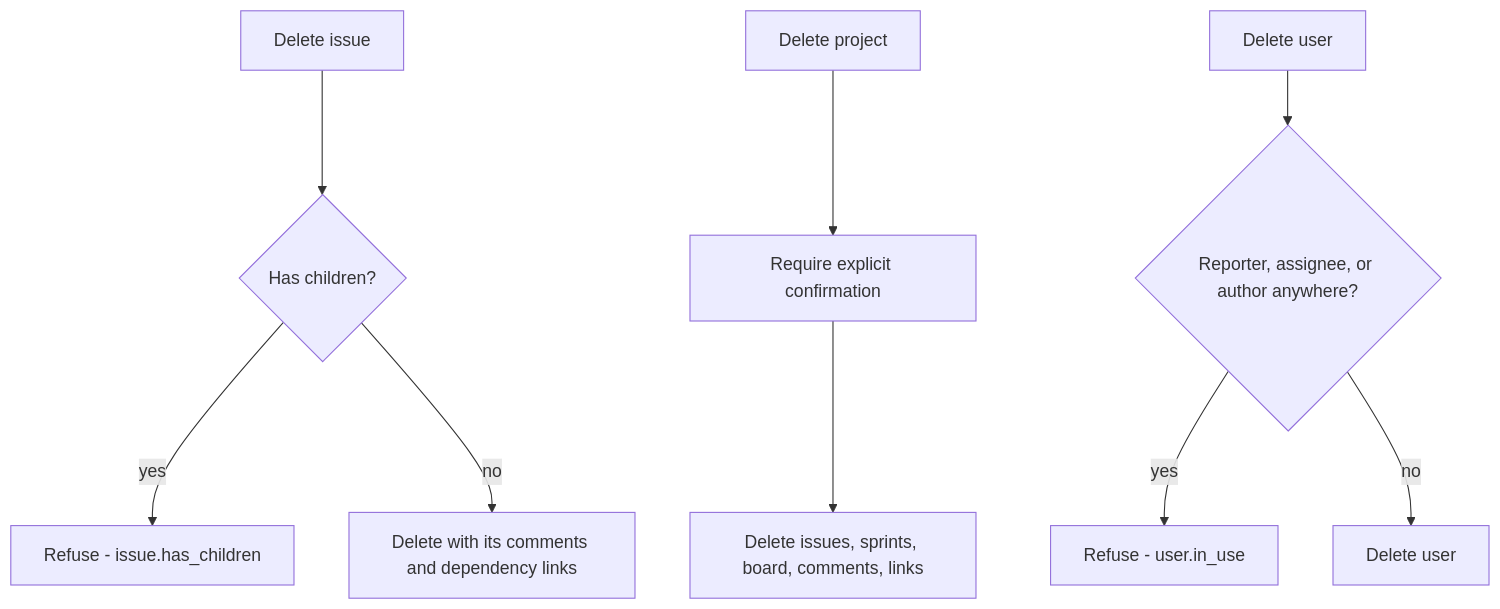
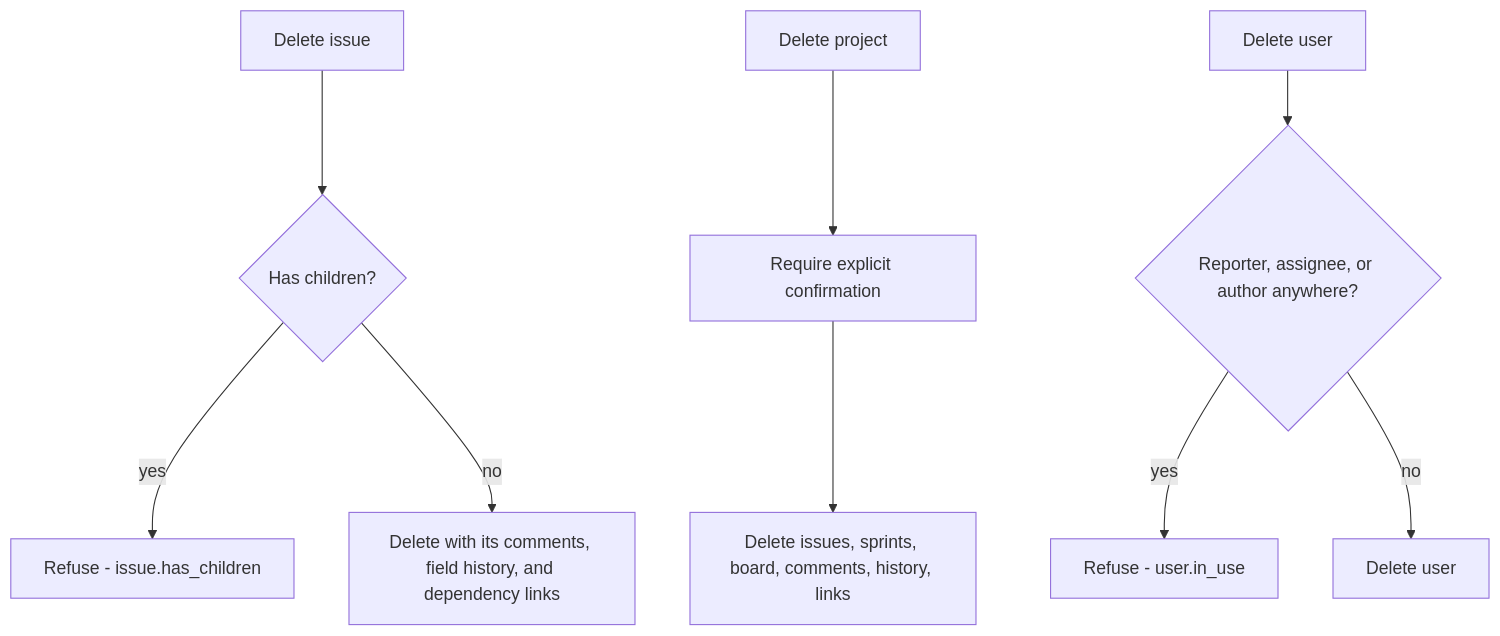
One commit to Mathotics/Keel changed the third of 3 diagrams in docs/adr/ADR-012.md. Above: the diagram before and after it, drawn with Mermaid. The commit also changed other lines of this file and 30 other files, not shown here.

Commit message:
Add a per-issue changelog of status, assignee, sprint, and related fields so opening a ticket answers how it got here without relying on comments.

````diff
--- a/docs/adr/ADR-012.md
+++ b/docs/adr/ADR-012.md
@@ -139,13 +139,13 @@
 ```mermaid
 flowchart TD
   delIssue["Delete issue"] --> children{"Has children?"}
   children -->|yes| refuse["Refuse - issue.has_children"]
-  children -->|no| cascadeIssue["Delete with its comments and dependency links"]
+  children -->|no| cascadeIssue["Delete with its comments, field history, and dependency links"]
 
   delProject["Delete project"] --> confirm["Require explicit confirmation"]
-  confirm --> cascadeProject["Delete issues, sprints, board, comments, links"]
+  confirm --> cascadeProject["Delete issues, sprints, board, comments, history, links"]
 
   delUser["Delete user"] --> referenced{"Reporter, assignee, or author anywhere?"}
   referenced -->|yes| refuseUser["Refuse - user.in_use"]
   referenced -->|no| removeUser["Delete user"]
 ```
````
